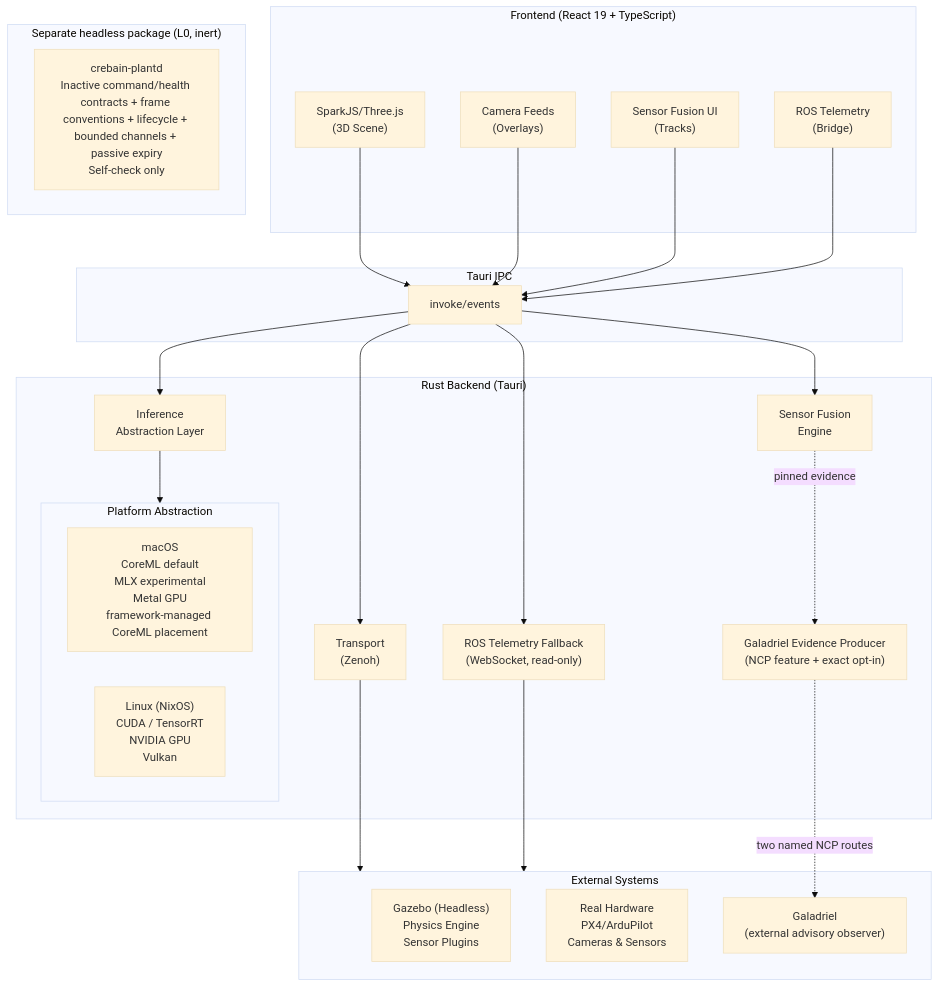
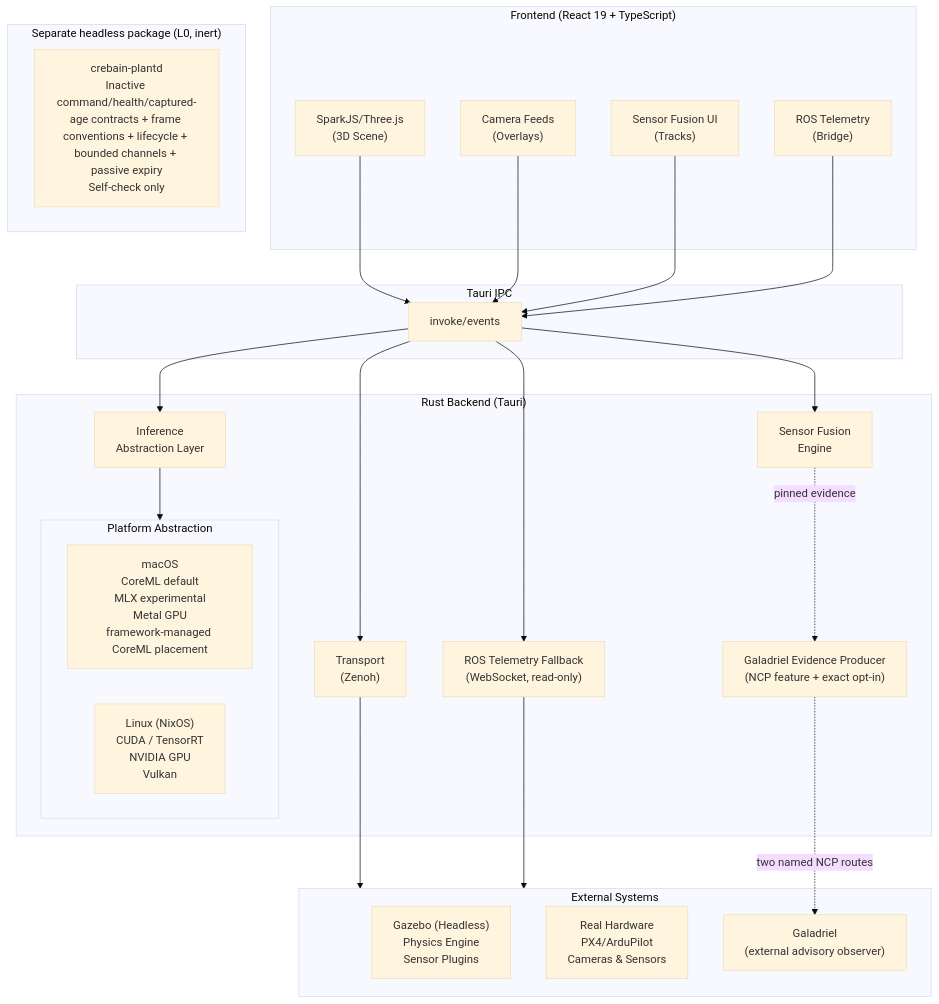
The first of 3 diagrams in docs/ARCHITECTURE.md (sepahead/crebain), drawn with Mermaid (base theme) before and after one commit. The commit also changed other lines of this file and 22 other files, not shown here.

Commit message:
feat(plant): classify captured health ages

````diff
--- a/docs/ARCHITECTURE.md
+++ b/docs/ARCHITECTURE.md
@@ -11,53 +11,53 @@
 ```mermaid
 graph TB
     subgraph Frontend["Frontend (React 19 + TypeScript)"]
         ThreeJS["SparkJS/Three.js<br/>(3D Scene)"]
         CameraFeeds["Camera Feeds<br/>(Overlays)"]
         FusionUI["Sensor Fusion UI<br/>(Tracks)"]
         ROSControls["ROS Telemetry<br/>(Bridge)"]
     end
 
     subgraph IPC["Tauri IPC"]
         Invoke["invoke/events"]
     end
 
     subgraph Backend["Rust Backend (Tauri)"]
         Inference["Inference<br/>Abstraction Layer"]
         SensorFusion["Sensor Fusion<br/>Engine"]
         Zenoh["Transport<br/>(Zenoh)"]
         ROSBridge["ROS Telemetry Fallback<br/>(WebSocket, read-only)"]
         EvidenceProducer["Galadriel Evidence Producer<br/>(NCP feature + exact opt-in)"]
 
         subgraph Platform["Platform Abstraction"]
             macOS["macOS<br/>CoreML default<br/>MLX experimental<br/>Metal GPU<br/>framework-managed CoreML placement"]
             Linux["Linux (NixOS)<br/>CUDA / TensorRT<br/>NVIDIA GPU<br/>Vulkan"]
         end
     end
 
     subgraph PlantFoundation["Separate headless package (L0, inert)"]
-        Plantd["crebain-plantd<br/>Inactive command/health contracts + frame conventions + lifecycle + bounded channels + passive expiry<br/>Self-check only"]
+        Plantd["crebain-plantd<br/>Inactive command/health/captured-age contracts + frame conventions + lifecycle + bounded channels + passive expiry<br/>Self-check only"]
     end
 
     subgraph External["External Systems"]
         Gazebo["Gazebo (Headless)<br/>Physics Engine<br/>Sensor Plugins"]
         Hardware["Real Hardware<br/>PX4/ArduPilot<br/>Cameras & Sensors"]
         Galadriel["Galadriel<br/>(external advisory observer)"]
     end
 
     ThreeJS --> Invoke
     CameraFeeds --> Invoke
     FusionUI --> Invoke
     ROSControls --> Invoke
 
     Invoke --> Inference
     Invoke --> SensorFusion
     Invoke --> Zenoh
     Invoke --> ROSBridge
     SensorFusion -. pinned evidence .-> EvidenceProducer
 
     Inference --> Platform
 
     Zenoh --> External
     ROSBridge --> External
     EvidenceProducer -. two named NCP routes .-> Galadriel
 ```
````
